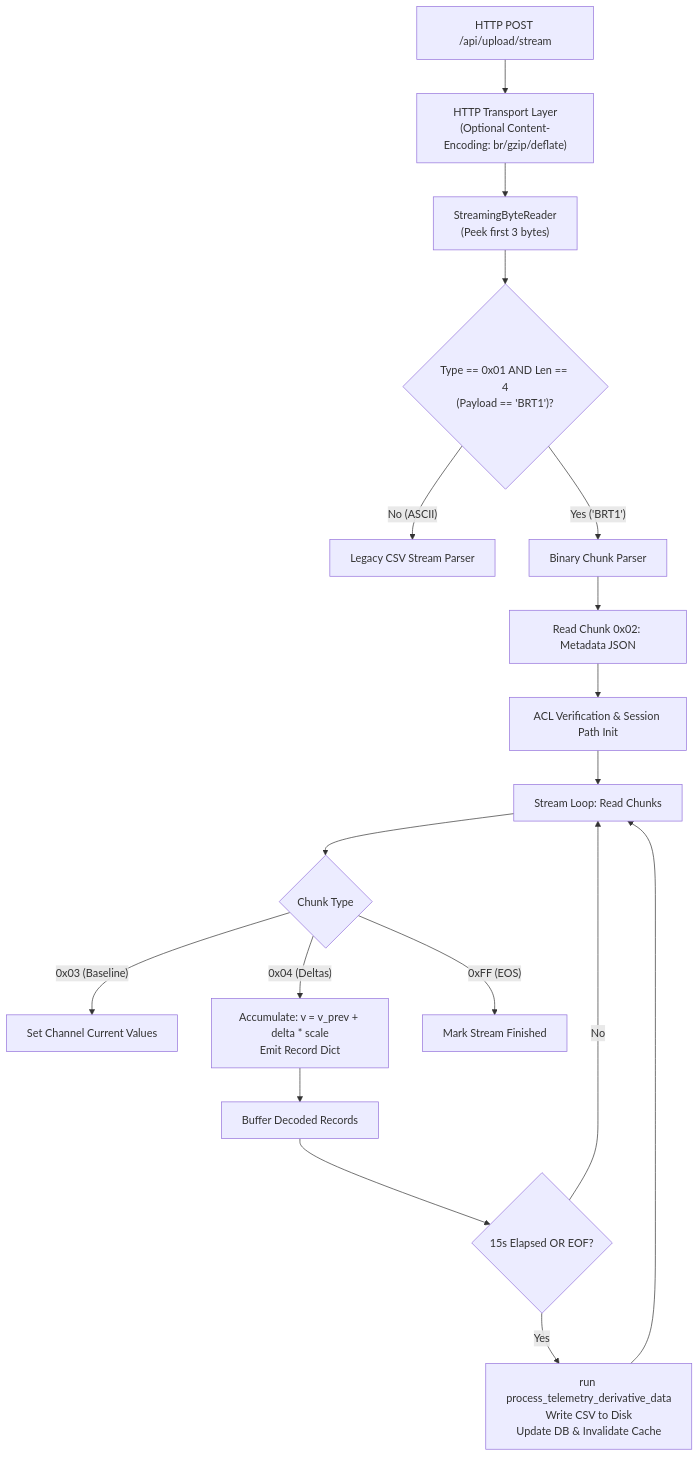
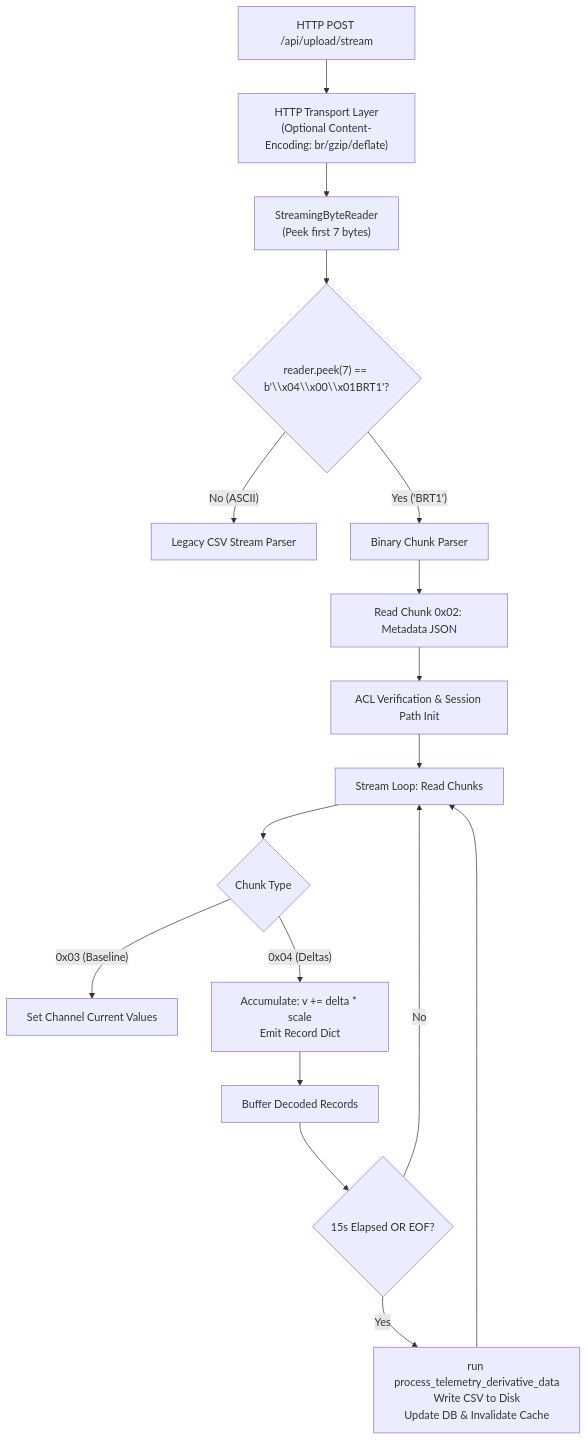
One commit to kibergus/brbrdb changed the diagram in doc/BINARY_UPLOAD_PROTOCOL.md. Above: the diagram before and after it, drawn with Mermaid. The commit also changed other lines of this file and 12 other files, not shown here.

Commit message:
Support BRT1 binary stream protocol in telemetry upload

````diff
--- a/doc/BINARY_UPLOAD_PROTOCOL.md
+++ b/doc/BINARY_UPLOAD_PROTOCOL.md
@@ -164,24 +155,23 @@
 ```mermaid
 flowchart TD
     A["HTTP POST /api/upload/stream"] --> B["HTTP Transport Layer\n(Optional Content-Encoding: br/gzip/deflate)"]
-    B --> C["StreamingByteReader\n(Peek first 3 bytes)"]
+    B --> C["StreamingByteReader\n(Peek first 7 bytes)"]
     
-    C --> D{"Type == 0x01 AND Len == 4\n(Payload == 'BRT1')?"}
+    C --> D{"reader.peek(7) == b'\\x04\\x00\\x01BRT1'?"}
     D -- "No (ASCII)" --> E["Legacy CSV Stream Parser"]
     D -- "Yes ('BRT1')" --> F["Binary Chunk Parser"]
     
     F --> G["Read Chunk 0x02: Metadata JSON"]
     G --> H["ACL Verification & Session Path Init"]
     
     H --> I["Stream Loop: Read Chunks"]
     I --> J{"Chunk Type"}
     J -- "0x03 (Baseline)" --> K["Set Channel Current Values"]
-    J -- "0x04 (Deltas)" --> L["Accumulate: v = v_prev + delta * scale\nEmit Record Dict"]
-    J -- "0xFF (EOS)" --> M["Mark Stream Finished"]
+    J -- "0x04 (Deltas)" --> L["Accumulate: v += delta * scale\nEmit Record Dict"]
     
     L --> N["Buffer Decoded Records"]
     N --> O{"15s Elapsed OR EOF?"}
     O -- "No" --> I
     O -- "Yes" --> P["run process_telemetry_derivative_data\nWrite CSV to Disk\nUpdate DB & Invalidate Cache"]
     P --> I
 ```
````
